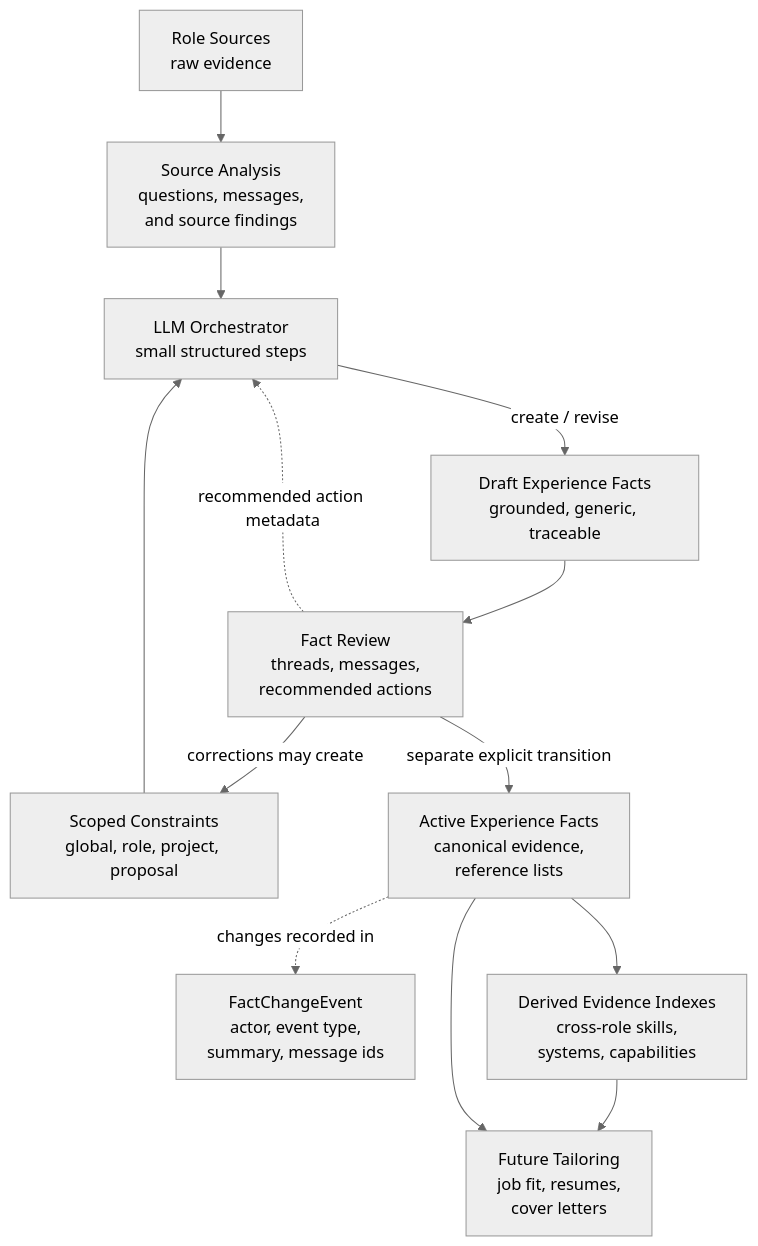
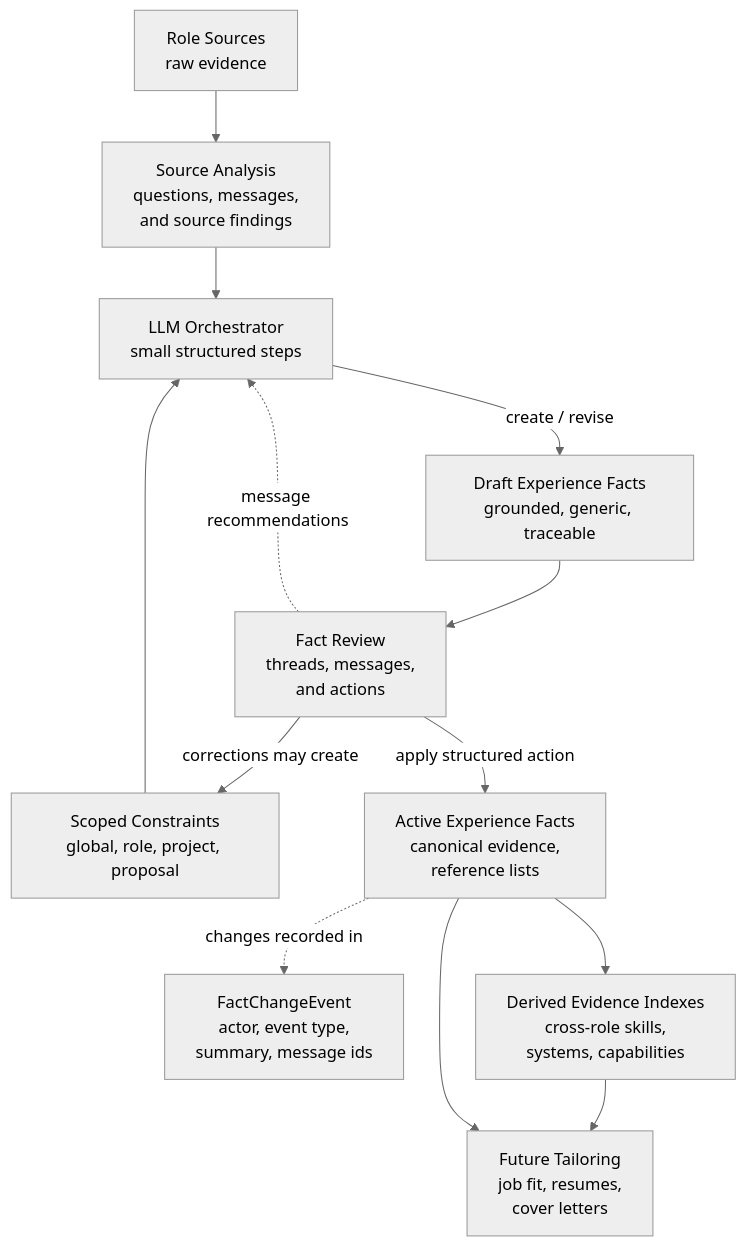
The sixth of 8 diagrams in docs/diagrams.md (rsauers0/career-agent), drawn with Mermaid (neutral theme) before and after one commit. The commit also changed other lines of this file and 18 other files, not shown here.

First line of the commit message:
Add fact review action workflow

````diff
--- a/docs/diagrams.md
+++ b/docs/diagrams.md
@@ -164,26 +164,26 @@
 ```mermaid
 flowchart TD
     RawSources["Role Sources<br/>raw evidence"]
     Analysis["Source Analysis<br/>questions, messages,<br/>and source findings"]
     Orchestrator["LLM Orchestrator<br/>small structured steps"]
     Constraints["Scoped Constraints<br/>global, role, project, proposal"]
     DraftFacts["Draft Experience Facts<br/>grounded, generic, traceable"]
-    Review["Fact Review<br/>threads, messages,<br/>recommended actions"]
+    Review["Fact Review<br/>threads, messages,<br/>and actions"]
     Events["FactChangeEvent<br/>actor, event type,<br/>summary, message ids"]
     ActiveFacts["Active Experience Facts<br/>canonical evidence,<br/>reference lists"]
     Derived["Derived Evidence Indexes<br/>cross-role skills,<br/>systems, capabilities"]
     Tailoring["Future Tailoring<br/>job fit, resumes,<br/>cover letters"]
 
     RawSources --> Analysis
     Analysis --> Orchestrator
     Constraints --> Orchestrator
     Orchestrator -->|"create / revise"| DraftFacts
     DraftFacts --> Review
     Review -->|"corrections may create"| Constraints
-    Review -. "recommended action metadata" .-> Orchestrator
-    Review -->|"separate explicit transition"| ActiveFacts
+    Review -. "message recommendations" .-> Orchestrator
+    Review -->|"apply structured action"| ActiveFacts
     ActiveFacts -. "changes recorded in" .-> Events
     ActiveFacts --> Derived
     Derived --> Tailoring
     ActiveFacts --> Tailoring
 ```
````
